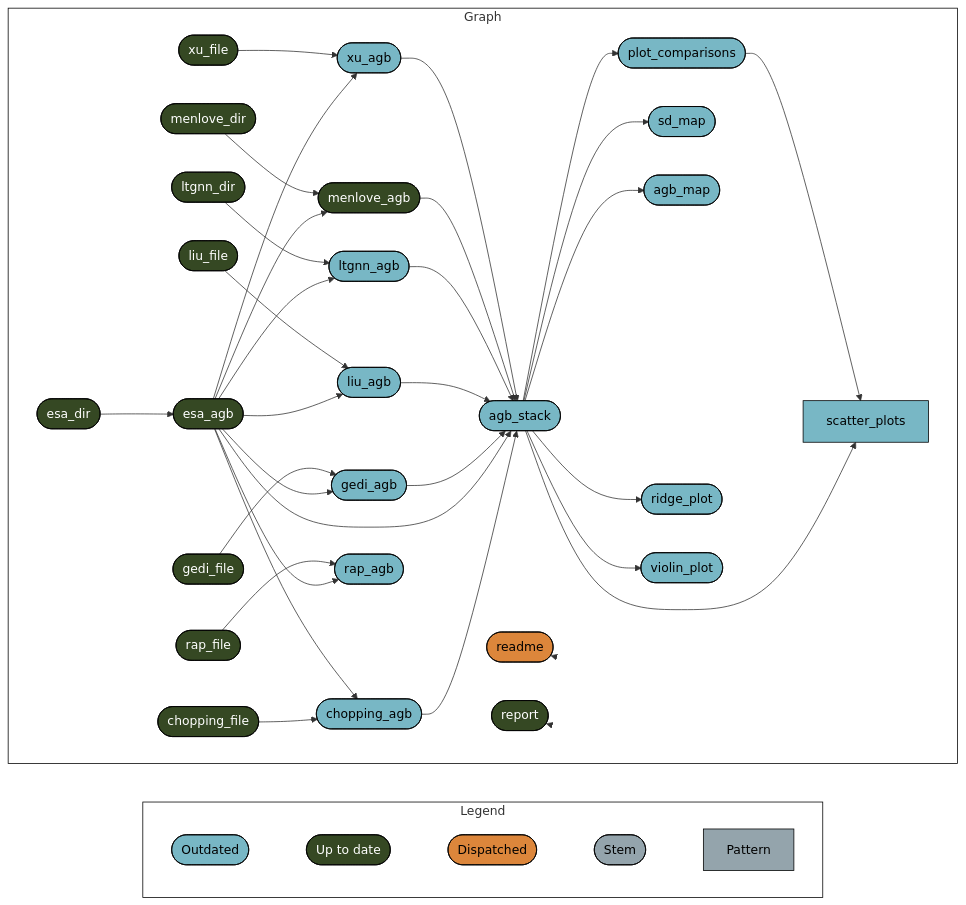
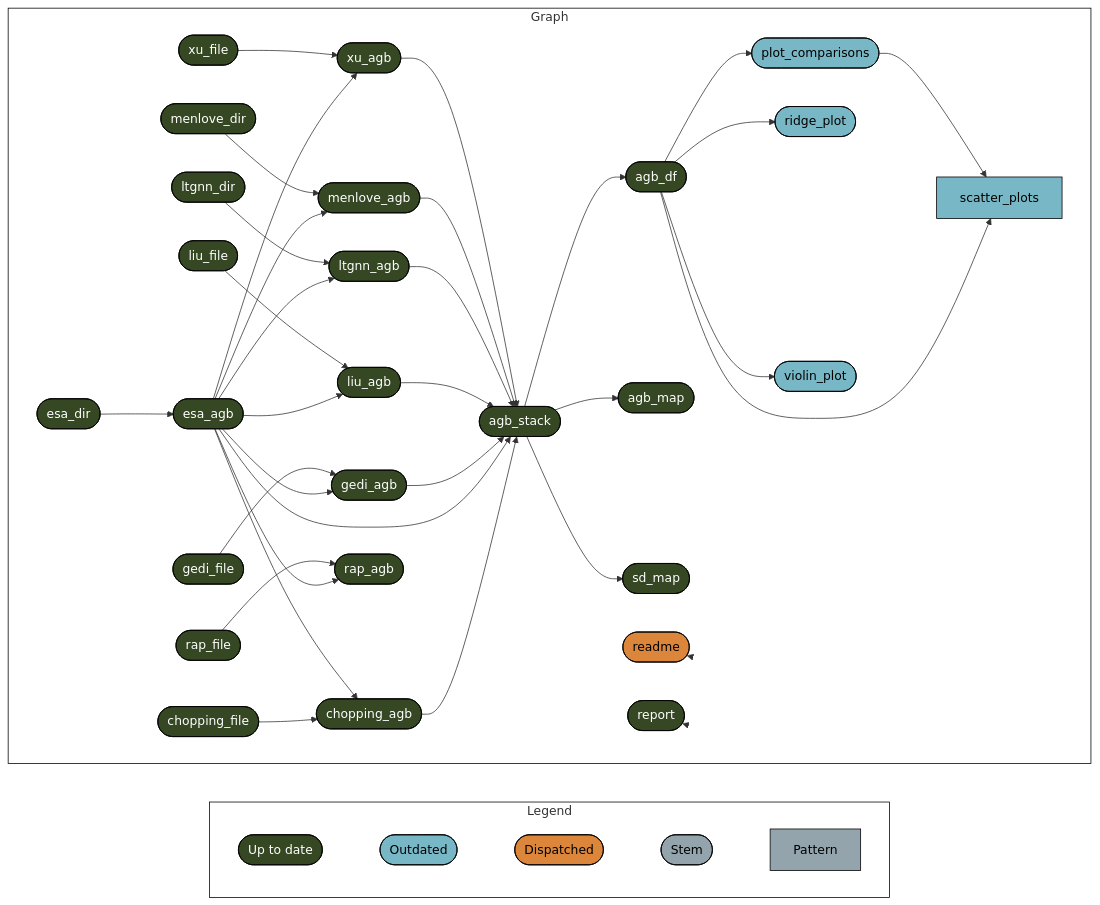
One commit to EcosystemEcologyLab/SW_Biomass changed the diagram in README.md. Above: the diagram before and after it, drawn with Mermaid. The commit also changed other lines of this file and 7 other files, not shown here.

````diff
--- a/README.md
+++ b/README.md
@@ -38,56 +36,57 @@
 ``` mermaid
 graph LR
   style Legend fill:#FFFFFF00,stroke:#000000;
   style Graph fill:#FFFFFF00,stroke:#000000;
   subgraph Legend
     direction LR
-    x0a52b03877696646([""Outdated""]):::outdated --- x7420bd9270f8d27d([""Up to date""]):::uptodate
-    x7420bd9270f8d27d([""Up to date""]):::uptodate --- xa8565c104d8f0705([""Dispatched""]):::dispatched
+    x7420bd9270f8d27d([""Up to date""]):::uptodate --- x0a52b03877696646([""Outdated""]):::outdated
+    x0a52b03877696646([""Outdated""]):::outdated --- xa8565c104d8f0705([""Dispatched""]):::dispatched
     xa8565c104d8f0705([""Dispatched""]):::dispatched --- xbf4603d6c2c2ad6b([""Stem""]):::none
     xbf4603d6c2c2ad6b([""Stem""]):::none --- x70a5fa6bea6f298d[""Pattern""]:::none
   end
   subgraph Graph
     direction LR
-    x9f7f8cade5fecf35(["esa_agb"]):::uptodate --> xe4f3f2f15e724def(["liu_agb"]):::outdated
-    x26d0dae1bf6fcb39(["liu_file"]):::uptodate --> xe4f3f2f15e724def(["liu_agb"]):::outdated
-    x74a8a38fc5a3e271(["agb_stack"]):::outdated --> xa9c8870bcb5985fd["scatter_plots"]:::outdated
+    x1194ca8b71ccd0e1(["agb_df"]):::uptodate --> xa9c8870bcb5985fd["scatter_plots"]:::outdated
     xa5177effe50f87b0(["plot_comparisons"]):::outdated --> xa9c8870bcb5985fd["scatter_plots"]:::outdated
-    x10672e980111f5c2(["chopping_agb"]):::outdated --> x74a8a38fc5a3e271(["agb_stack"]):::outdated
-    x9f7f8cade5fecf35(["esa_agb"]):::uptodate --> x74a8a38fc5a3e271(["agb_stack"]):::outdated
-    x5bee436f312cca80(["gedi_agb"]):::outdated --> x74a8a38fc5a3e271(["agb_stack"]):::outdated
-    xe4f3f2f15e724def(["liu_agb"]):::outdated --> x74a8a38fc5a3e271(["agb_stack"]):::outdated
-    x7ff1622cd5d030f8(["ltgnn_agb"]):::outdated --> x74a8a38fc5a3e271(["agb_stack"]):::outdated
-    xb420f92ea294cb0b(["menlove_agb"]):::uptodate --> x74a8a38fc5a3e271(["agb_stack"]):::outdated
-    x6bb719b45bfee760(["xu_agb"]):::outdated --> x74a8a38fc5a3e271(["agb_stack"]):::outdated
-    x9f7f8cade5fecf35(["esa_agb"]):::uptodate --> x6bb719b45bfee760(["xu_agb"]):::outdated
-    x39b0a131ab7dd2d0(["xu_file"]):::uptodate --> x6bb719b45bfee760(["xu_agb"]):::outdated
-    x74a8a38fc5a3e271(["agb_stack"]):::outdated --> x7dce032f25b5c564(["sd_map"]):::outdated
-    x9f7f8cade5fecf35(["esa_agb"]):::uptodate --> x7ff1622cd5d030f8(["ltgnn_agb"]):::outdated
-    xc968c07864940097(["ltgnn_dir"]):::uptodate --> x7ff1622cd5d030f8(["ltgnn_agb"]):::outdated
-    x80cf9d1bb79c21e3(["chopping_file"]):::uptodate --> x10672e980111f5c2(["chopping_agb"]):::outdated
-    x9f7f8cade5fecf35(["esa_agb"]):::uptodate --> x10672e980111f5c2(["chopping_agb"]):::outdated
-    x74a8a38fc5a3e271(["agb_stack"]):::outdated --> xd959ad20dd7fd009(["agb_map"]):::outdated
-    x9f7f8cade5fecf35(["esa_agb"]):::uptodate --> x5688b5ef6bcea6f9(["rap_agb"]):::outdated
-    x9889d33e942dc03b(["rap_file"]):::uptodate --> x5688b5ef6bcea6f9(["rap_agb"]):::outdated
+    x74a8a38fc5a3e271(["agb_stack"]):::uptodate --> x1194ca8b71ccd0e1(["agb_df"]):::uptodate
+    x9f7f8cade5fecf35(["esa_agb"]):::uptodate --> x7ff1622cd5d030f8(["ltgnn_agb"]):::uptodate
+    xc968c07864940097(["ltgnn_dir"]):::uptodate --> x7ff1622cd5d030f8(["ltgnn_agb"]):::uptodate
+    x10672e980111f5c2(["chopping_agb"]):::uptodate --> x74a8a38fc5a3e271(["agb_stack"]):::uptodate
+    x9f7f8cade5fecf35(["esa_agb"]):::uptodate --> x74a8a38fc5a3e271(["agb_stack"]):::uptodate
+    x5bee436f312cca80(["gedi_agb"]):::uptodate --> x74a8a38fc5a3e271(["agb_stack"]):::uptodate
+    xe4f3f2f15e724def(["liu_agb"]):::uptodate --> x74a8a38fc5a3e271(["agb_stack"]):::uptodate
+    x7ff1622cd5d030f8(["ltgnn_agb"]):::uptodate --> x74a8a38fc5a3e271(["agb_stack"]):::uptodate
+    xb420f92ea294cb0b(["menlove_agb"]):::uptodate --> x74a8a38fc5a3e271(["agb_stack"]):::uptodate
+    x6bb719b45bfee760(["xu_agb"]):::uptodate --> x74a8a38fc5a3e271(["agb_stack"]):::uptodate
+    x9f7f8cade5fecf35(["esa_agb"]):::uptodate --> xe4f3f2f15e724def(["liu_agb"]):::uptodate
+    x26d0dae1bf6fcb39(["liu_file"]):::uptodate --> xe4f3f2f15e724def(["liu_agb"]):::uptodate
+    x74a8a38fc5a3e271(["agb_stack"]):::uptodate --> xd959ad20dd7fd009(["agb_map"]):::uptodate
+    x74a8a38fc5a3e271(["agb_stack"]):::uptodate --> x7dce032f25b5c564(["sd_map"]):::uptodate
+    x1194ca8b71ccd0e1(["agb_df"]):::uptodate --> xa5177effe50f87b0(["plot_comparisons"]):::outdated
+    x9f7f8cade5fecf35(["esa_agb"]):::uptodate --> x5bee436f312cca80(["gedi_agb"]):::uptodate
+    x8d7fb25f1e16bc4f(["gedi_file"]):::uptodate --> x5bee436f312cca80(["gedi_agb"]):::uptodate
     x9f7f8cade5fecf35(["esa_agb"]):::uptodate --> xb420f92ea294cb0b(["menlove_agb"]):::uptodate
     x5086af9665941a9e(["menlove_dir"]):::uptodate --> xb420f92ea294cb0b(["menlove_agb"]):::uptodate
-    x74a8a38fc5a3e271(["agb_stack"]):::outdated --> x13774cf4f2cc9b83(["ridge_plot"]):::outdated
-    x74a8a38fc5a3e271(["agb_stack"]):::outdated --> xfe73ce9654aaf612(["violin_plot"]):::outdated
+    x9f7f8cade5fecf35(["esa_agb"]):::uptodate --> x5688b5ef6bcea6f9(["rap_agb"]):::uptodate
+    x9889d33e942dc03b(["rap_file"]):::uptodate --> x5688b5ef6bcea6f9(["rap_agb"]):::uptodate
+    x80cf9d1bb79c21e3(["chopping_file"]):::uptodate --> x10672e980111f5c2(["chopping_agb"]):::uptodate
+    x9f7f8cade5fecf35(["esa_agb"]):::uptodate --> x10672e980111f5c2(["chopping_agb"]):::uptodate
+    x1194ca8b71ccd0e1(["agb_df"]):::uptodate --> x13774cf4f2cc9b83(["ridge_plot"]):::outdated
+    x9f7f8cade5fecf35(["esa_agb"]):::uptodate --> x6bb719b45bfee760(["xu_agb"]):::uptodate
+    x39b0a131ab7dd2d0(["xu_file"]):::uptodate --> x6bb719b45bfee760(["xu_agb"]):::uptodate
     xb91305eee1f5b0b5(["esa_dir"]):::uptodate --> x9f7f8cade5fecf35(["esa_agb"]):::uptodate
-    x9f7f8cade5fecf35(["esa_agb"]):::uptodate --> x5bee436f312cca80(["gedi_agb"]):::outdated
-    x8d7fb25f1e16bc4f(["gedi_file"]):::uptodate --> x5bee436f312cca80(["gedi_agb"]):::outdated
-    x74a8a38fc5a3e271(["agb_stack"]):::outdated --> xa5177effe50f87b0(["plot_comparisons"]):::outdated
+    x1194ca8b71ccd0e1(["agb_df"]):::uptodate --> xfe73ce9654aaf612(["violin_plot"]):::outdated
     x6e52cb0f1668cc22(["readme"]):::dispatched --> x6e52cb0f1668cc22(["readme"]):::dispatched
     xe0fba61fbc506510(["report"]):::uptodate --> xe0fba61fbc506510(["report"]):::uptodate
   end
+  classDef uptodate stroke:#000000,color:#ffffff,fill:#354823;
   classDef outdated stroke:#000000,color:#000000,fill:#78B7C5;
-  classDef uptodate stroke:#000000,color:#ffffff,fill:#354823;
   classDef dispatched stroke:#000000,color:#000000,fill:#DC863B;
   classDef none stroke:#000000,color:#000000,fill:#94a4ac;
   linkStyle 0 stroke-width:0px;
   linkStyle 1 stroke-width:0px;
   linkStyle 2 stroke-width:0px;
   linkStyle 3 stroke-width:0px;
-  linkStyle 33 stroke-width:0px;
   linkStyle 34 stroke-width:0px;
+  linkStyle 35 stroke-width:0px;
 ```
````
